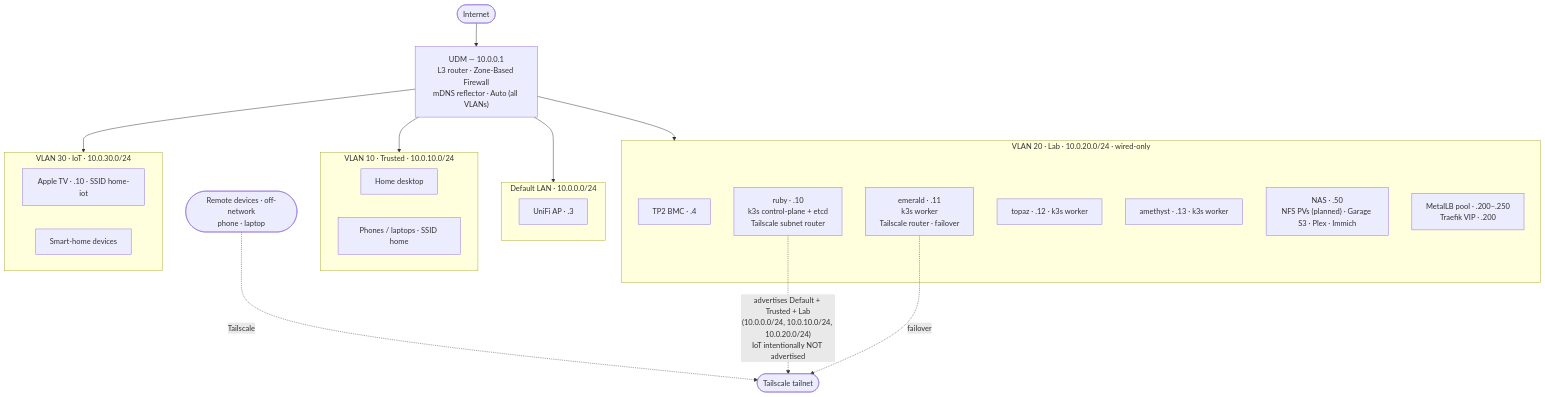
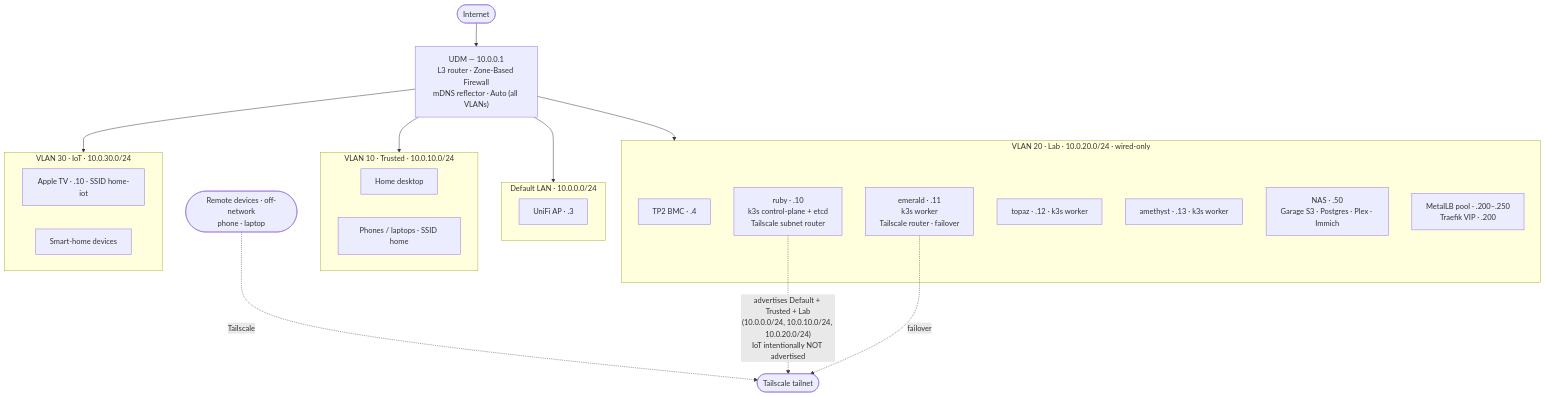
Before and after one commit to alivenda/homelab-docs: the diagram in docs/networking.md, drawn with Mermaid. The commit also changed other lines of this file and 10 other files, not shown here.

````diff
--- a/docs/networking.md
+++ b/docs/networking.md
@@ -73,37 +73,37 @@
 ```mermaid
 flowchart TB
     INET([Internet]) --> UDM["UDM — 10.0.0.1<br/>L3 router · Zone-Based Firewall<br/>mDNS reflector · Auto (all VLANs)"]
 
     subgraph DEFAULT["Default LAN · 10.0.0.0/24"]
         AP["UniFi AP · .3"]
     end
 
     subgraph TRUSTED["VLAN 10 · Trusted · 10.0.10.0/24"]
         DESK["Home desktop"]
         PHONES["Phones / laptops · SSID home"]
     end
 
     subgraph LAB["VLAN 20 · Lab · 10.0.20.0/24 · wired-only"]
         BMC["TP2 BMC · .4"]
         RUBY["ruby · .10<br/>k3s control-plane + etcd<br/>Tailscale subnet router"]
         EMERALD["emerald · .11<br/>k3s worker<br/>Tailscale router · failover"]
         TOPAZ["topaz · .12 · k3s worker"]
         AMETHYST["amethyst · .13 · k3s worker"]
-        NAS["NAS · .50<br/>NFS PVs (planned) · Garage S3 · Plex · Immich"]
+        NAS["NAS · .50<br/>Garage S3 · Postgres · Plex · Immich"]
         METALLB["MetalLB pool · .200–.250<br/>Traefik VIP · .200"]
     end
 
     subgraph IOT["VLAN 30 · IoT · 10.0.30.0/24"]
         ATV["Apple TV · .10 · SSID home-iot"]
         SMART["Smart-home devices"]
     end
 
     UDM --> DEFAULT
     UDM --> TRUSTED
     UDM --> LAB
     UDM --> IOT
 
     REMOTE([Remote devices · off-network<br/>phone · laptop]) -.->|Tailscale| TAILNET([Tailscale tailnet])
     RUBY -.->|"advertises Default + Trusted + Lab<br/>(10.0.0.0/24, 10.0.10.0/24, 10.0.20.0/24)<br/>IoT intentionally NOT advertised"| TAILNET
     EMERALD -.->|failover| TAILNET
 ```
````
